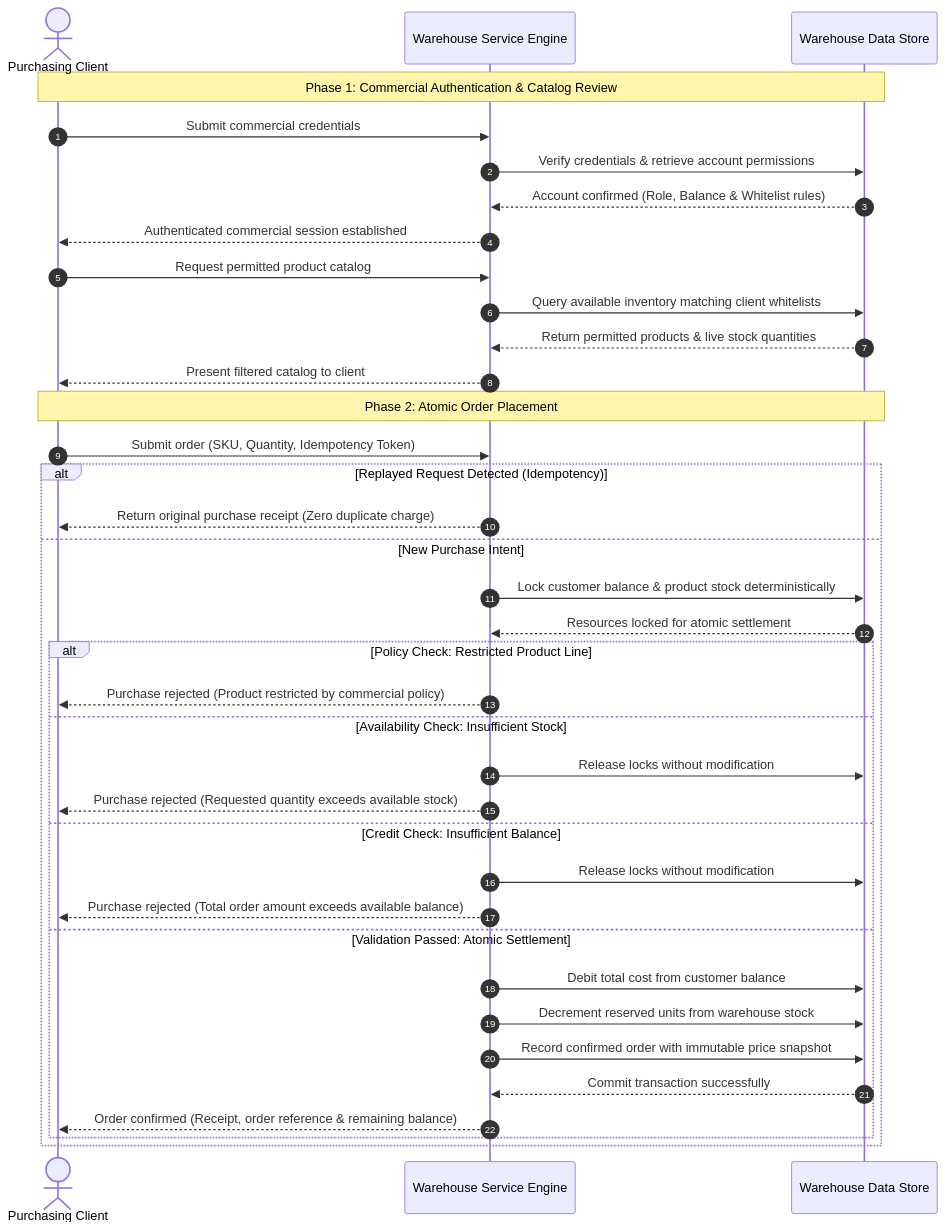
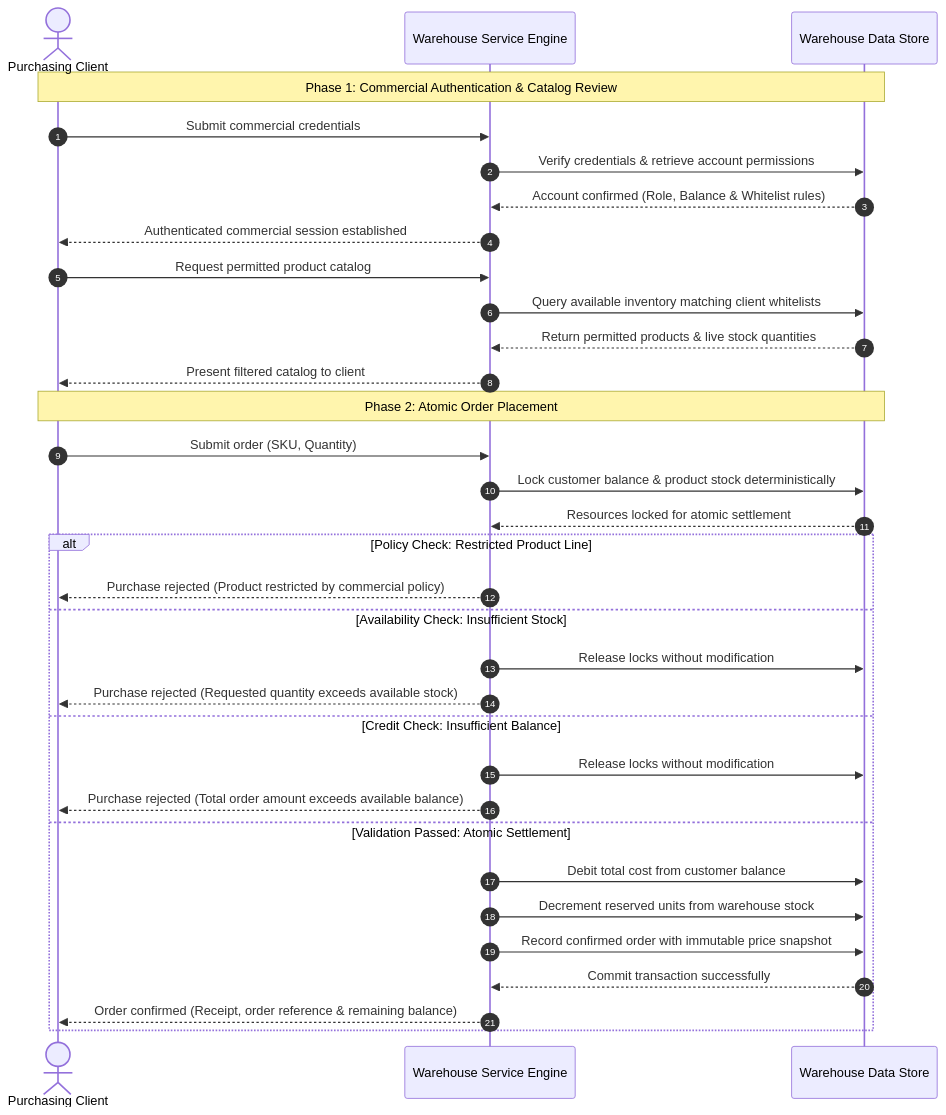
One commit to altregubov/warehouse-rest-test-app changed the third of 4 diagrams in specs/client_spec.md. Above: the diagram before and after it, drawn with Mermaid. The commit also changed other lines of this file and 13 other files, not shown here.

First line of the commit message:
revert: "feat: add idempotency key support to order placement and balance adjustments"

````diff
--- a/specs/client_spec.md
+++ b/specs/client_spec.md
@@ -176,44 +171,40 @@
 ```mermaid
 sequenceDiagram
     autonumber
     actor Customer as Purchasing Client
     participant Service as Warehouse Service Engine
     participant Ledger as Warehouse Data Store
 
     Note over Customer,Ledger: Phase 1: Commercial Authentication & Catalog Review
     Customer->>Service: Submit commercial credentials
     Service->>Ledger: Verify credentials & retrieve account permissions
     Ledger-->>Service: Account confirmed (Role, Balance & Whitelist rules)
     Service-->>Customer: Authenticated commercial session established
 
     Customer->>Service: Request permitted product catalog
     Service->>Ledger: Query available inventory matching client whitelists
     Ledger-->>Service: Return permitted products & live stock quantities
     Service-->>Customer: Present filtered catalog to client
 
     Note over Customer,Ledger: Phase 2: Atomic Order Placement
-    Customer->>Service: Submit order (SKU, Quantity, Idempotency Token)
+    Customer->>Service: Submit order (SKU, Quantity)
     
-    alt Replayed Request Detected (Idempotency)
-        Service-->>Customer: Return original purchase receipt (Zero duplicate charge)
-    else New Purchase Intent
-        Service->>Ledger: Lock customer balance & product stock deterministically
-        Ledger-->>Service: Resources locked for atomic settlement
+    Service->>Ledger: Lock customer balance & product stock deterministically
+    Ledger-->>Service: Resources locked for atomic settlement
 
-        alt Policy Check: Restricted Product Line
-            Service-->>Customer: Purchase rejected (Product restricted by commercial policy)
-        else Availability Check: Insufficient Stock
-            Service->>Ledger: Release locks without modification
-            Service-->>Customer: Purchase rejected (Requested quantity exceeds available stock)
-        else Credit Check: Insufficient Balance
-            Service->>Ledger: Release locks without modification
-            Service-->>Customer: Purchase rejected (Total order amount exceeds available balance)
-        else Validation Passed: Atomic Settlement
-            Service->>Ledger: Debit total cost from customer balance
-            Service->>Ledger: Decrement reserved units from warehouse stock
-            Service->>Ledger: Record confirmed order with immutable price snapshot
-            Ledger-->>Service: Commit transaction successfully
-            Service-->>Customer: Order confirmed (Receipt, order reference & remaining balance)
-        end
+    alt Policy Check: Restricted Product Line
+        Service-->>Customer: Purchase rejected (Product restricted by commercial policy)
+    else Availability Check: Insufficient Stock
+        Service->>Ledger: Release locks without modification
+        Service-->>Customer: Purchase rejected (Requested quantity exceeds available stock)
+    else Credit Check: Insufficient Balance
+        Service->>Ledger: Release locks without modification
+        Service-->>Customer: Purchase rejected (Total order amount exceeds available balance)
+    else Validation Passed: Atomic Settlement
+        Service->>Ledger: Debit total cost from customer balance
+        Service->>Ledger: Decrement reserved units from warehouse stock
+        Service->>Ledger: Record confirmed order with immutable price snapshot
+        Ledger-->>Service: Commit transaction successfully
+        Service-->>Customer: Order confirmed (Receipt, order reference & remaining balance)
     end
 ```
````
